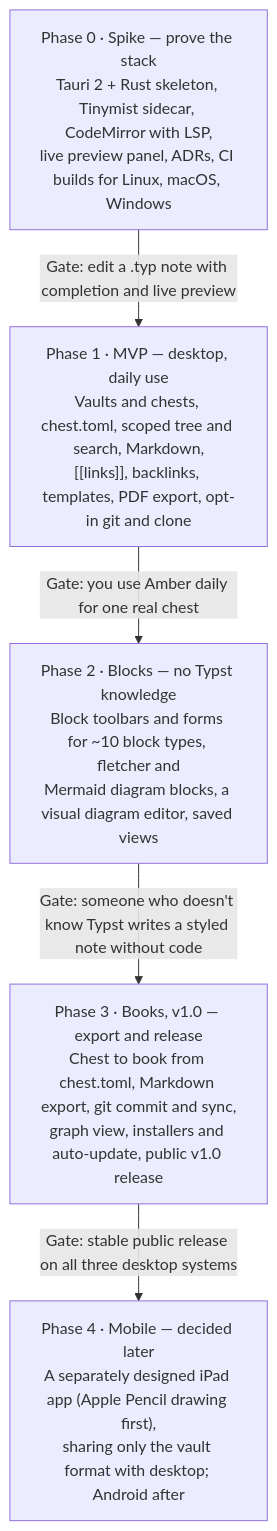
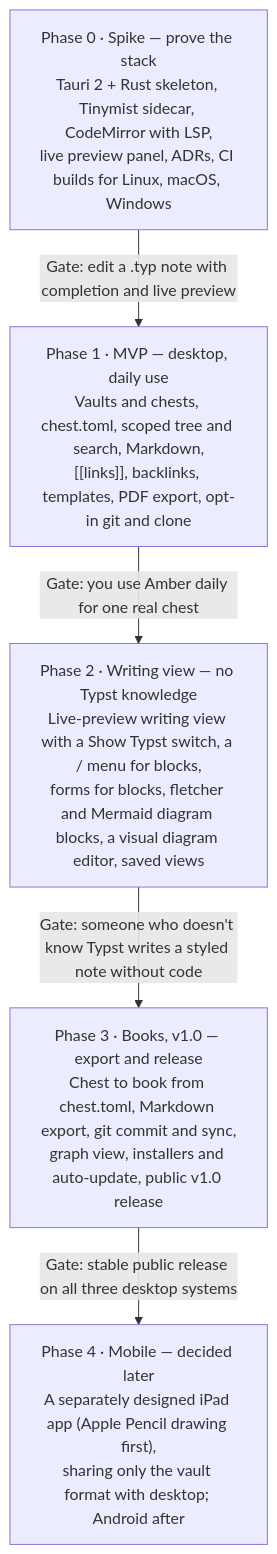
The second of 2 diagrams in docs/PLAN.md (arshamalh/amber), drawn with Mermaid before and after one commit. The commit also changed other lines of this file and 28 other files, not shown here.

Commit message:
add: writing view, editing, "show typst" switch, "/" command menu, page view.

````diff
--- a/docs/PLAN.md
+++ b/docs/PLAN.md
@@ -148,12 +148,12 @@
 ```mermaid
 flowchart TB
   P0["Phase 0 · Spike — prove the stack<br/>Tauri 2 + Rust skeleton, Tinymist sidecar, CodeMirror with LSP,<br/>live preview panel, ADRs, CI builds for Linux, macOS, Windows"]
   P1["Phase 1 · MVP — desktop, daily use<br/>Vaults and chests, chest.toml, scoped tree and search, Markdown,<br/>[[links]], backlinks, templates, PDF export, opt-in git and clone"]
-  P2["Phase 2 · Blocks — no Typst knowledge<br/>Block toolbars and forms for ~10 block types, fletcher and<br/>Mermaid diagram blocks, a visual diagram editor, saved views"]
+  P2["Phase 2 · Writing view — no Typst knowledge<br/>Live-preview writing view with a Show Typst switch, a / menu for blocks,<br/>forms for blocks, fletcher and Mermaid diagram blocks, a visual diagram editor, saved views"]
   P3["Phase 3 · Books, v1.0 — export and release<br/>Chest to book from chest.toml, Markdown export, git commit and sync,<br/>graph view, installers and auto-update, public v1.0 release"]
   P4["Phase 4 · Mobile — decided later<br/>A separately designed iPad app (Apple Pencil drawing first),<br/>sharing only the vault format with desktop; Android after"]
   P0 -->|"Gate: edit a .typ note with completion and live preview"| P1
   P1 -->|"Gate: you use Amber daily for one real chest"| P2
   P2 -->|"Gate: someone who doesn't know Typst writes a styled note without code"| P3
   P3 -->|"Gate: stable public release on all three desktop systems"| P4
 ```
````
